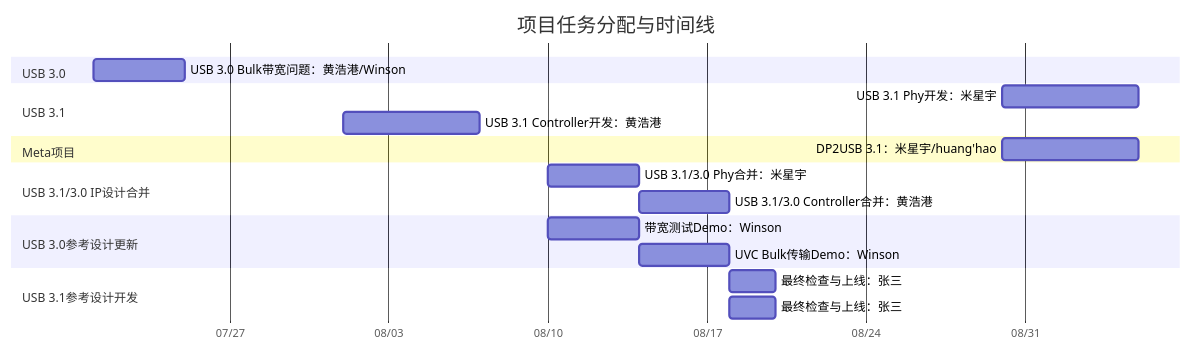
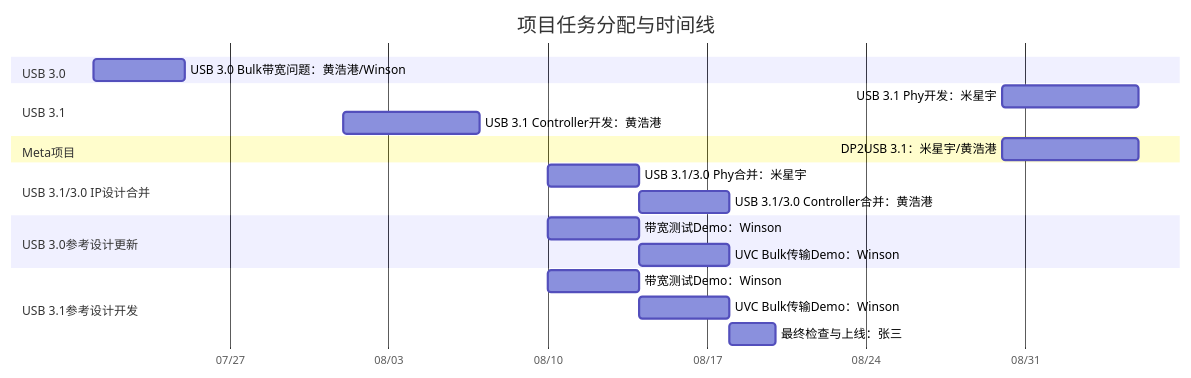
The diagram in all/未命名.md (winsonbook/iodraw-files), drawn with Mermaid before and after one commit.

Commit message:
2025-07-21 10:03:40 update

````diff
--- a/all/未命名.md
+++ b/all/未命名.md
@@ -1,31 +1,32 @@
 ```mermaid
 gantt
     title 项目任务分配与时间线
     dateFormat  YYYY-MM-DD
     axisFormat  %m/%d
 
     section USB 3.0
     USB 3.0 Bulk带宽问题：黄浩港/Winson   :    task1, 2025-07-21, 4d
 
     section USB 3.1
     USB 3.1 Phy开发：米星宇      :         task3, 2025-08-30, 6d
     USB 3.1 Controller开发：黄浩港      :  task4, 2025-08-01, 6d
 
     section Meta项目
-    DP2USB 3.1：米星宇/huang'hao      :         task3, 2025-08-30, 6d
+    DP2USB 3.1：米星宇/黄浩港      :         task3, 2025-08-30, 6d
 
     section USB 3.1/3.0 IP设计合并
     USB 3.1/3.0 Phy合并：米星宇       :         task6, 2025-08-10, 4d
     USB 3.1/3.0 Controller合并：黄浩港       :         task7, 2025-08-14, 4d
 
     section USB 3.0参考设计更新
     带宽测试Demo：Winson       :         task6, 2025-08-10, 4d
     UVC Bulk传输Demo：Winson   :         task7, 2025-08-14, 4d
 
     section USB 3.1参考设计开发
-    最终检查与上线：张三 :         task8, 2025-08-18, 2d
+    带宽测试Demo：Winson       :         task6, 2025-08-10, 4d
+    UVC Bulk传输Demo：Winson   :         task7, 2025-08-14, 4d
 
     section USB 3.1参考设计开发
     最终检查与上线：张三 :         task8, 2025-08-18, 2d
 
 ```
````
